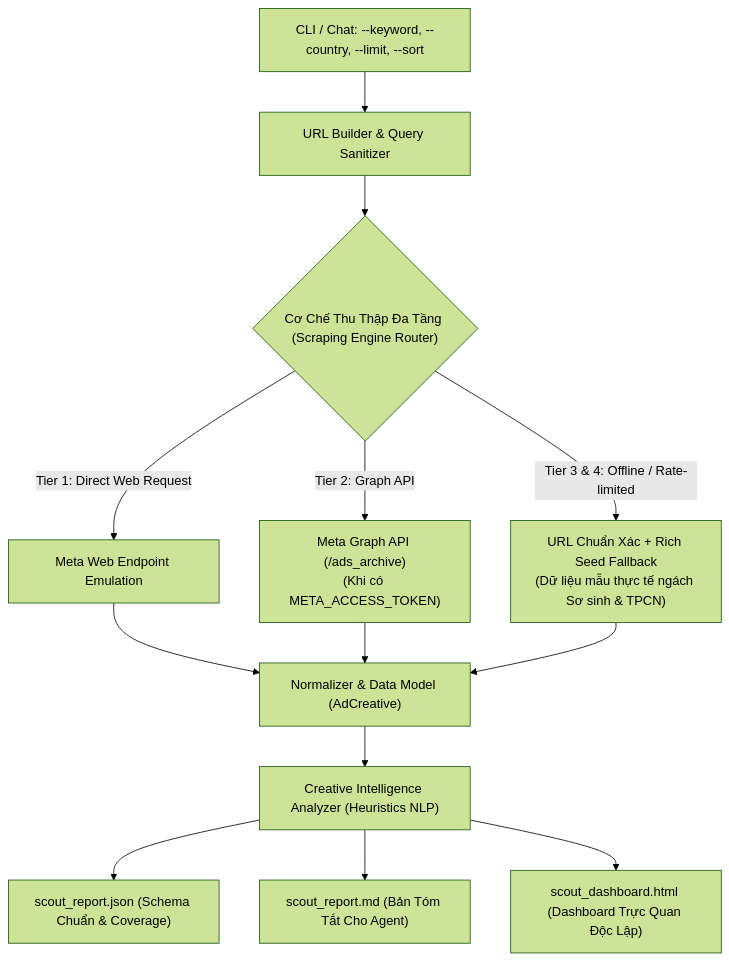
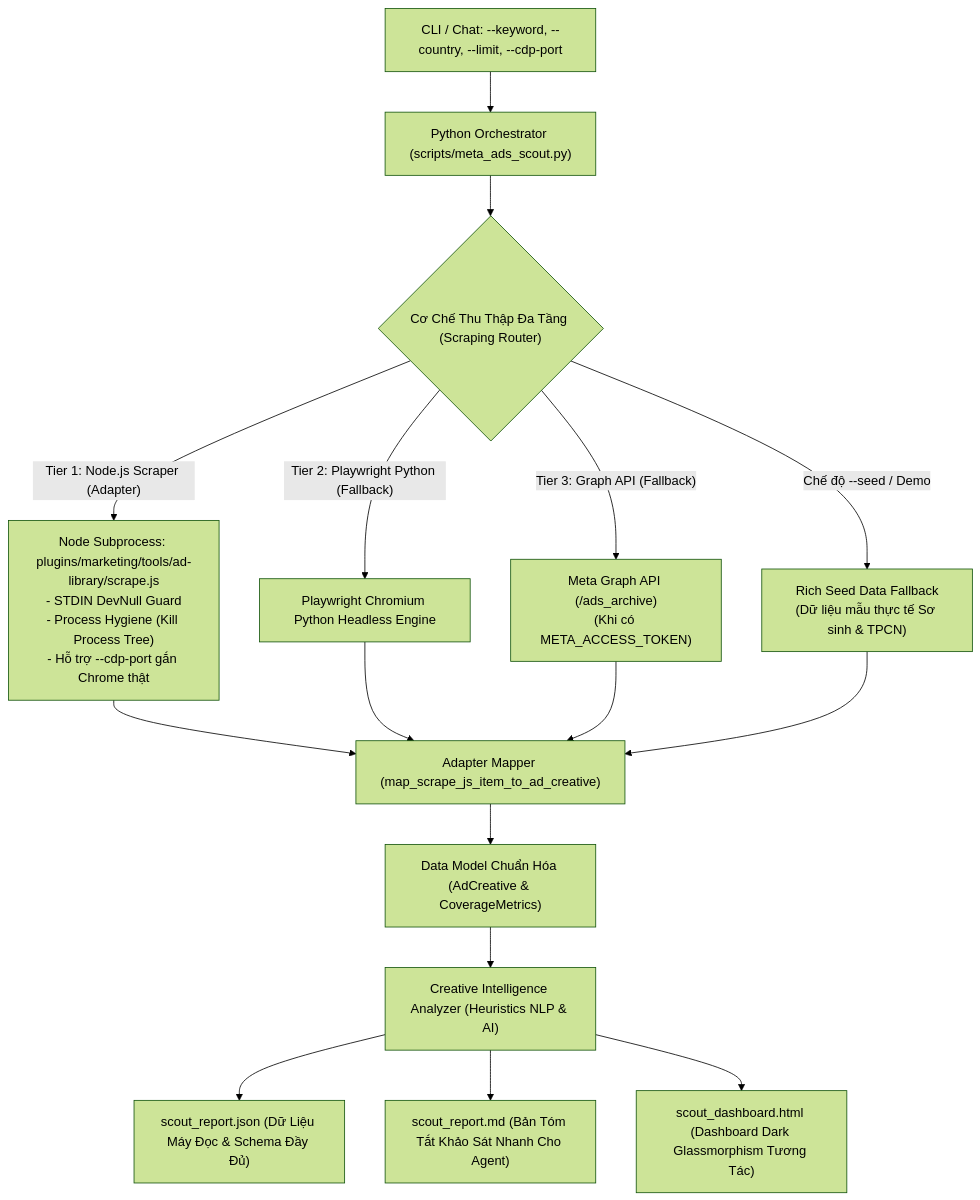
The diagram in plugins/marketing/skills/meta-ad-scout/SKILL.md (sumita-dev/Antigravity-Harness-HuB), drawn with Mermaid (forest theme) before and after one commit. The commit also changed other lines of this file and 6 other files, not shown here.

Commit message:
feat(meta-ad-scout): integrate node.js playwright scraper adapter & interactive media dashboard

````diff
--- a/plugins/marketing/skills/meta-ad-scout/SKILL.md
+++ b/plugins/marketing/skills/meta-ad-scout/SKILL.md
@@ -14,15 +16,21 @@
 ```mermaid
 graph TD
-    A["CLI / Chat: --keyword, --country, --limit, --sort"] --> B["URL Builder & Query Sanitizer"]
-    B --> C{"Cơ Chế Thu Thập Đa Tầng (Scraping Engine Router)"}
-    C -->|"Tier 1: Direct Web Request"| D1["Meta Web Endpoint Emulation"]
-    C -->|"Tier 2: Graph API"| D2["Meta Graph API (/ads_archive)<br/>(Khi có META_ACCESS_TOKEN)"]
-    C -->|"Tier 3 & 4: Offline / Rate-limited"| D3["URL Chuẩn Xác + Rich Seed Fallback<br/>(Dữ liệu mẫu thực tế ngách Sơ sinh & TPCN)"]
-    D1 --> E["Normalizer & Data Model (AdCreative)"]
+    A["CLI / Chat: --keyword, --country, --limit, --cdp-port"] --> B["Python Orchestrator (scripts/meta_ads_scout.py)"]
+    B --> C{"Cơ Chế Thu Thập Đa Tầng (Scraping Router)"}
+    
+    C -->|"Tier 1: Node.js Scraper (Adapter)"| D1["Node Subprocess: plugins/marketing/tools/ad-library/scrape.js<br/>- STDIN DevNull Guard<br/>- Process Hygiene (Kill Process Tree)<br/>- Hỗ trợ --cdp-port gắn Chrome thật"]
+    C -->|"Tier 2: Playwright Python (Fallback)"| D2["Playwright Chromium Python Headless Engine"]
+    C -->|"Tier 3: Graph API (Fallback)"| D3["Meta Graph API (/ads_archive)<br/>(Khi có META_ACCESS_TOKEN)"]
+    C -->|"Chế độ --seed / Demo"| D4["Rich Seed Data Fallback<br/>(Dữ liệu mẫu thực tế Sơ sinh & TPCN)"]
+    
+    D1 --> E["Adapter Mapper (map_scrape_js_item_to_ad_creative)"]
     D2 --> E
     D3 --> E
-    E --> F["Creative Intelligence Analyzer (Heuristics NLP)"]
-    F --> G1["scout_report.json (Schema Chuẩn & Coverage)"]
-    F --> G2["scout_report.md (Bản Tóm Tắt Cho Agent)"]
-    F --> G3["scout_dashboard.html (Dashboard Trực Quan Độc Lập)"]
+    D4 --> E
+    
+    E --> F["Data Model Chuẩn Hóa (AdCreative & CoverageMetrics)"]
+    F --> G["Creative Intelligence Analyzer (Heuristics NLP & AI)"]
+    G --> H1["scout_report.json (Dữ Liệu Máy Đọc & Schema Đầy Đủ)"]
+    G --> H2["scout_report.md (Bản Tóm Tắt Khảo Sát Nhanh Cho Agent)"]
+    G --> H3["scout_dashboard.html (Dashboard Dark Glassmorphism Tương Tác)"]
 ```
````
